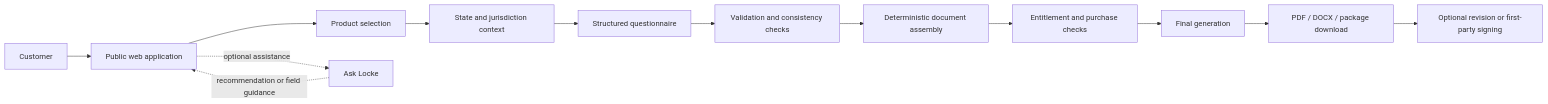
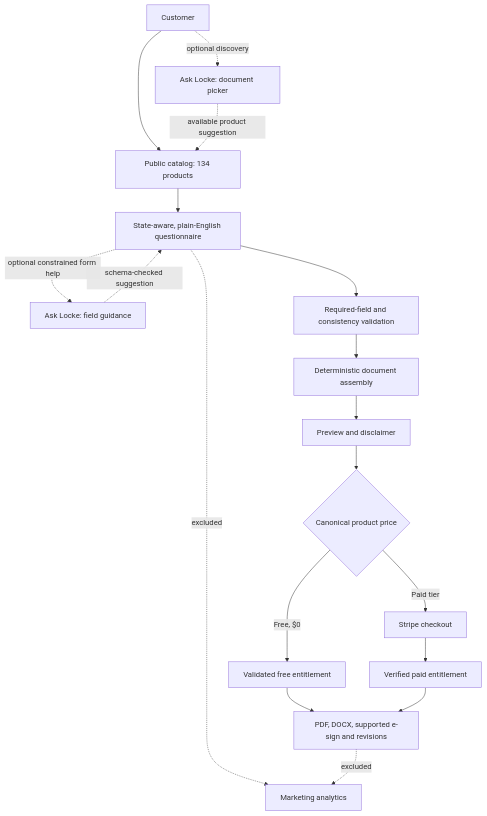
One commit to Amishgangsta/Locke-Direct-Transparency changed the diagram in architecture/system-flow.md. Above: the diagram before and after it, drawn with Mermaid. The commit also changed other lines of this file and 13 other files, not shown here.

Commit message:
docs: foreground privacy-first design, Ask Locke and guided workflows; sync live 134-product pricing

````diff
--- a/architecture/system-flow.md
+++ b/architecture/system-flow.md
@@ -5,15 +5,20 @@
 ```mermaid
-flowchart LR
-  C[Customer] --> W[Public web application]
-  W --> S[Product selection]
-  S --> J[State and jurisdiction context]
-  J --> Q[Structured questionnaire]
-  Q --> V[Validation and consistency checks]
+flowchart TD
+  U[Customer] --> C[Public catalog: 134 products]
+  U -. optional discovery .-> L[Ask Locke: document picker]
+  L -. available product suggestion .-> C
+  C --> Q[State-aware, plain-English questionnaire]
+  Q -. optional constrained form help .-> H[Ask Locke: field guidance]
+  H -. schema-checked suggestion .-> Q
+  Q --> V[Required-field and consistency validation]
   V --> A[Deterministic document assembly]
-  A --> T[Entitlement and purchase checks]
-  T --> G[Final generation]
-  G --> D[PDF / DOCX / package download]
-  D --> R[Optional revision or first-party signing]
-  W -. optional assistance .-> L[Ask Locke]
-  L -. recommendation or field guidance .-> W
+  A --> P[Preview and disclaimer]
+  P --> E{Canonical product price}
+  E -->|Free, $0| F[Validated free entitlement]
+  E -->|Paid tier| S[Stripe checkout]
+  S --> R[Verified paid entitlement]
+  F --> D[PDF, DOCX, supported e-sign and revisions]
+  R --> D
+  Q -. excluded .-> X[Marketing analytics]
+  D -. excluded .-> X
 ```
````
